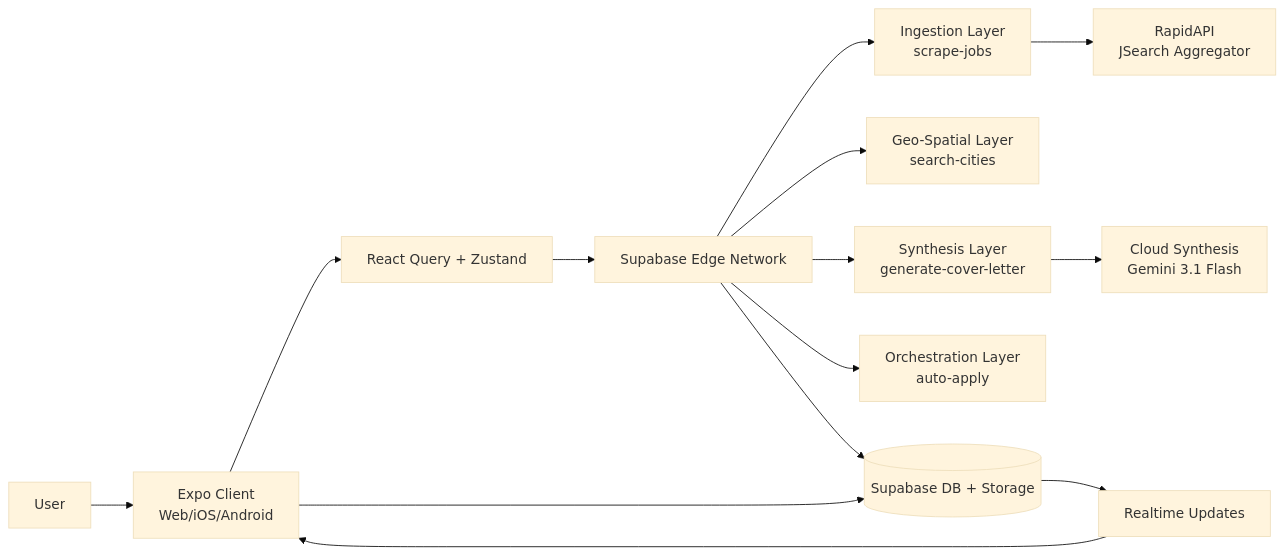
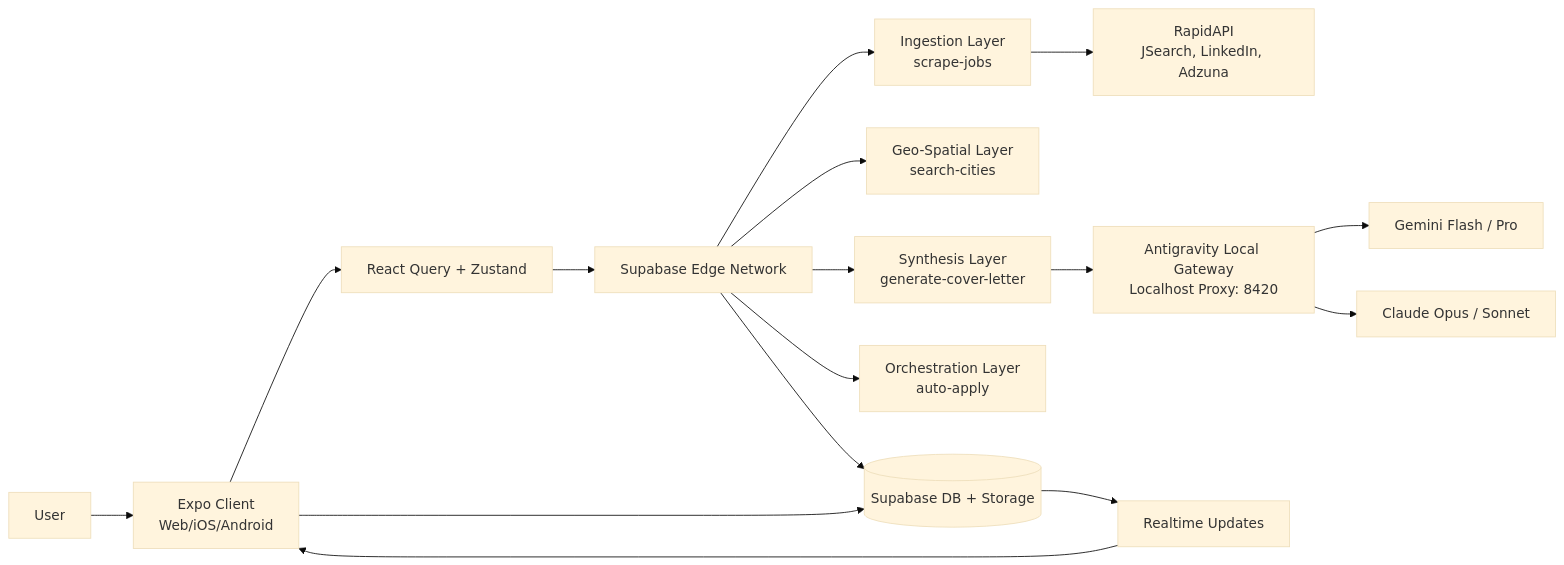
The first of 2 diagrams in README.md (AlexBuildsLTS/OpusHunter), drawn with Mermaid (base theme) before and after one commit. The commit also changed other lines of this file and 1 other file, not shown here.

First line of the commit message:
docs(readme): update system architecture and local gateway details

````diff
--- a/README.md
+++ b/README.md
@@ -22,19 +22,23 @@
 ```mermaid
 flowchart LR
   U[User] --> C[Expo Client\nWeb/iOS/Android]
   C --> Q[React Query + Zustand]
   Q --> E[Supabase Edge Network]
 
   E --> SJ[Ingestion Layer\nscrape-jobs]
   E --> SC[Geo-Spatial Layer\nsearch-cities]
   E --> GCL[Synthesis Layer\ngenerate-cover-letter]
   E --> AA[Orchestration Layer\nauto-apply]
 
-  SJ --> RAPID[RapidAPI\nJSearch Aggregator]
-  GCL --> GEMINI[Cloud Synthesis\nGemini 3.1 Flash]
+  SJ --> RAPID[RapidAPI\nJSearch, LinkedIn, Adzuna]
+  
+  %% Local AI Gateway Integration
+  GCL --> AG[Antigravity Local Gateway\nLocalhost Proxy: 8420]
+  AG --> GEM[Gemini Flash / Pro]
+  AG --> CLAUDE[Claude Opus / Sonnet]
 
   C --> DB[(Supabase DB + Storage)]
   E --> DB
   DB --> R[Realtime Updates]
   R --> C
 ```
````
